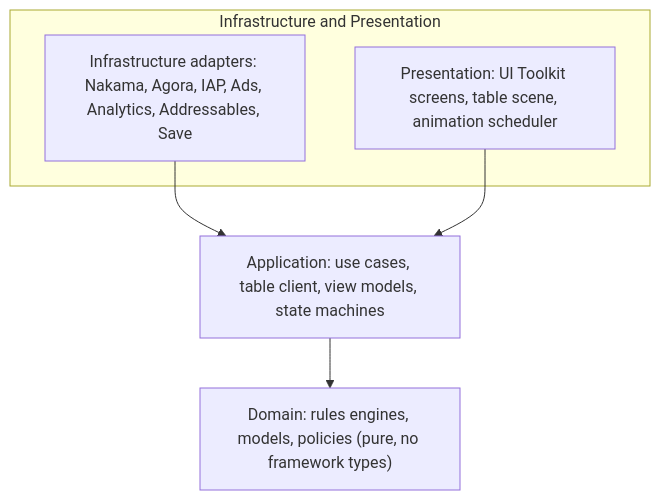
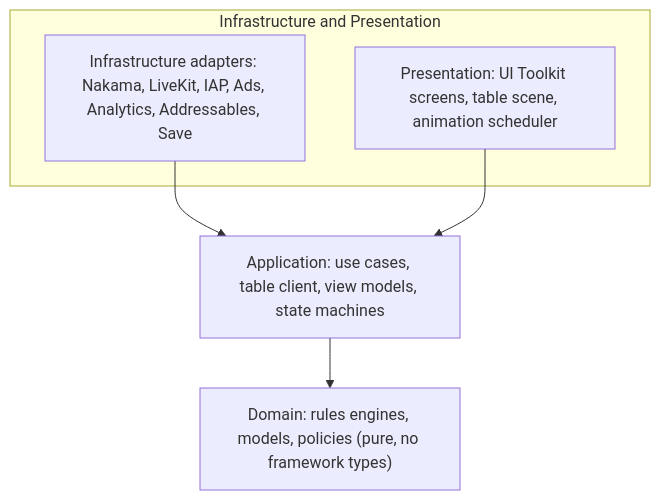
Before and after one commit to mkhizer77/hulla: the first of 8 diagrams in docs/ARCHITECTURE.md, drawn with Mermaid. The commit also changed other lines of this file and 32 other files, not shown here.

Commit message:
Voice on self-hosted LiveKit (#32)

````diff
--- a/docs/ARCHITECTURE.md
+++ b/docs/ARCHITECTURE.md
@@ -29,12 +29,12 @@
 ```mermaid
 flowchart TB
     subgraph Outer["Infrastructure and Presentation"]
-      I["Infrastructure adapters: Nakama, Agora, IAP, Ads, Analytics, Addressables, Save"]
+      I["Infrastructure adapters: Nakama, LiveKit, IAP, Ads, Analytics, Addressables, Save"]
       P["Presentation: UI Toolkit screens, table scene, animation scheduler"]
     end
     A["Application: use cases, table client, view models, state machines"]
     D["Domain: rules engines, models, policies (pure, no framework types)"]
     I --> A
     P --> A
     A --> D
 ```
````
